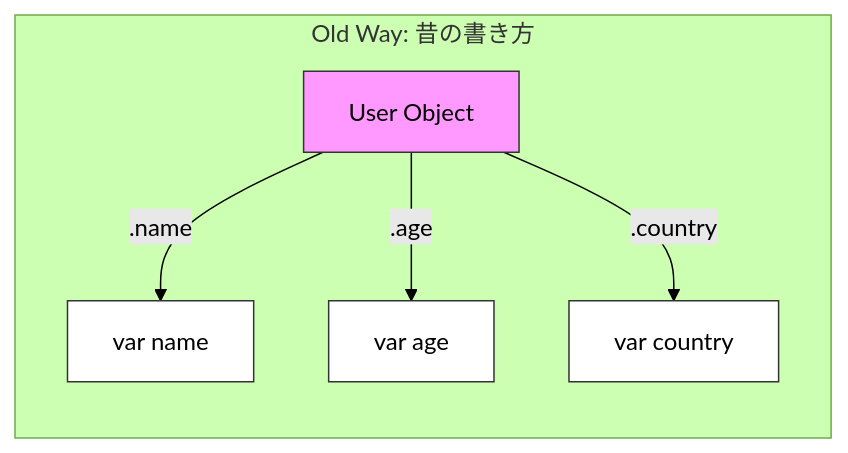
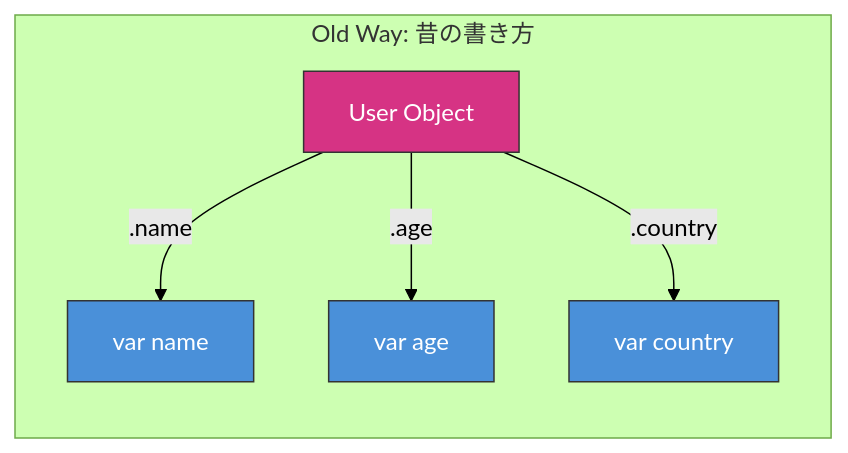
One commit to komiyamma/site_ichika_destruct-spread-named-rest changed the diagram in D01.md. Above: the diagram before and after it, drawn with Mermaid (forest theme). The commit also changed 35 other files, not shown here.

````diff
--- a/D01.md
+++ b/D01.md
@@ -42,14 +42,14 @@
 ```mermaid
 flowchart LR
     subgraph "Old Way: 昔の書き方"
     direction TB
     Obj1[User Object] -- .name --> Var1[var name]
     Obj1 -- .age --> Var2[var age]
     Obj1 -- .country --> Var3[var country]
     end
     
-    style Obj1 fill:#f9f,stroke:#333
-    style Var1 fill:#fff,stroke:#333
-    style Var2 fill:#fff,stroke:#333
-    style Var3 fill:#fff,stroke:#333
+    style Obj1 fill:#d63384,stroke:#333,color:#fff
+    style Var1 fill:#4a90d9,stroke:#333,color:#fff
+    style Var2 fill:#4a90d9,stroke:#333,color:#fff
+    style Var3 fill:#4a90d9,stroke:#333,color:#fff
 ```
````
